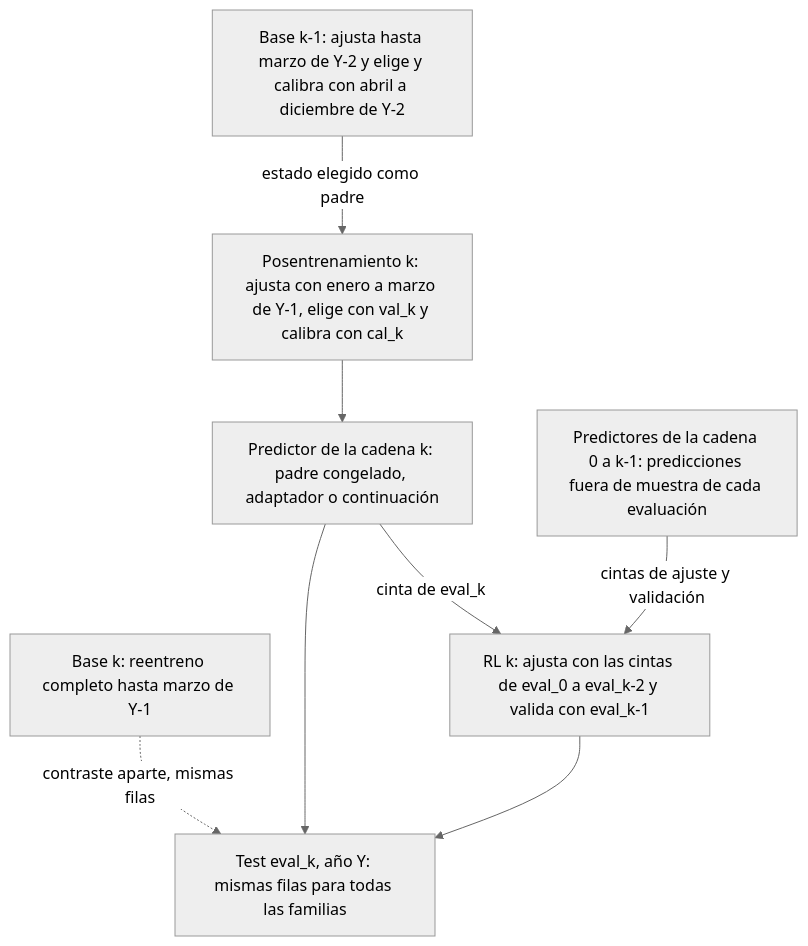
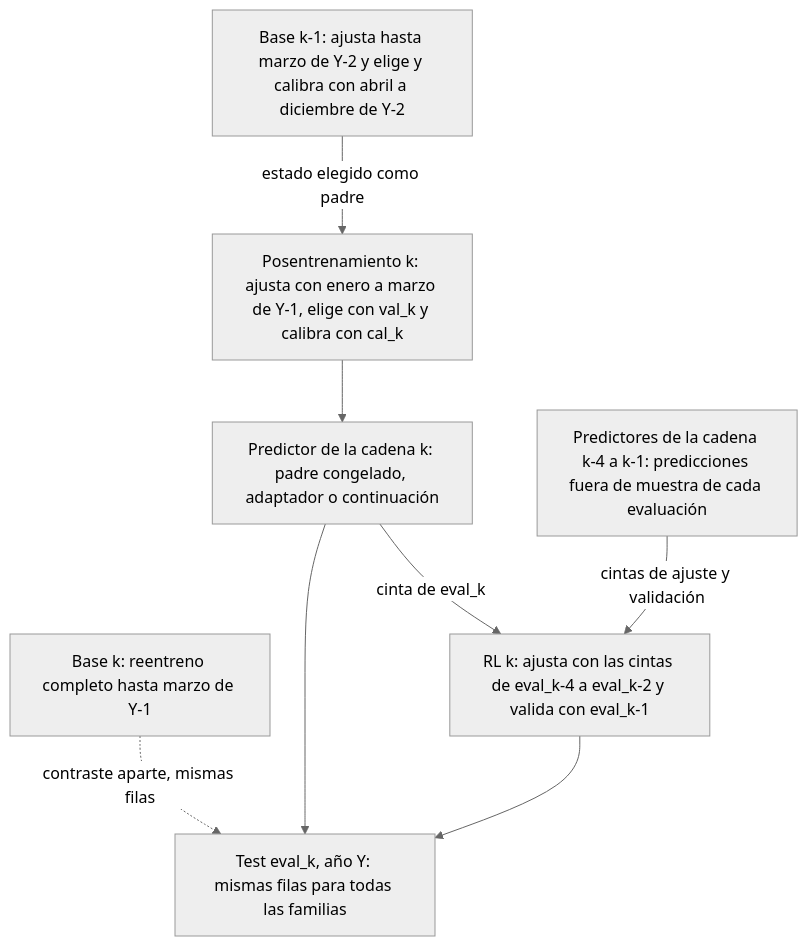
One commit to GonxKZ/mars-titan changed the diagram in docs/research/walk-forward-2000.md. Above: the diagram before and after it, drawn with Mermaid (neutral theme). The commit also changed other lines of this file and 4 other files, not shown here.

````diff
--- a/docs/research/walk-forward-2000.md
+++ b/docs/research/walk-forward-2000.md
@@ -137,17 +137,17 @@
 ```mermaid
 flowchart TB
   Bprev["Base k-1: ajusta hasta marzo de Y-2 y elige y calibra con abril a diciembre de Y-2"]
   Bk["Base k: reentreno completo hasta marzo de Y-1"]
   P["Posentrenamiento k: ajusta con enero a marzo de Y-1, elige con val_k y calibra con cal_k"]
   C["Predictor de la cadena k: padre congelado, adaptador o continuación"]
-  Cprev["Predictores de la cadena 0 a k-1: predicciones fuera de muestra de cada evaluación"]
-  R["RL k: ajusta con las cintas de eval_0 a eval_k-2 y valida con eval_k-1"]
+  Cprev["Predictores de la cadena k-4 a k-1: predicciones fuera de muestra de cada evaluación"]
+  R["RL k: ajusta con las cintas de eval_k-4 a eval_k-2 y valida con eval_k-1"]
   T["Test eval_k, año Y: mismas filas para todas las familias"]
   Bprev -->|"estado elegido como padre"| P
   P --> C
   Cprev -->|"cintas de ajuste y validación"| R
   C -->|"cinta de eval_k"| R
   C --> T
   R --> T
   Bk -.->|"contraste aparte, mismas filas"| T
 ```
````
